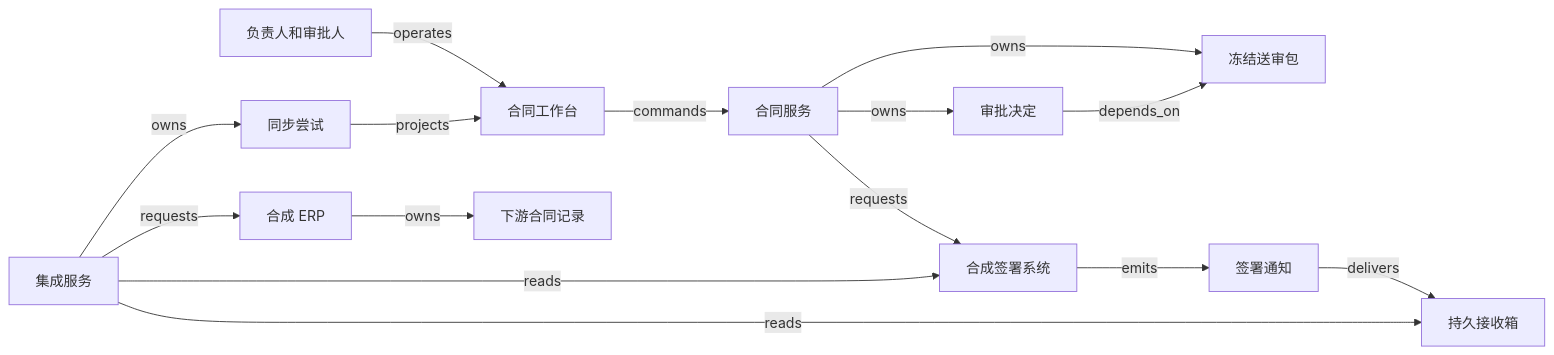
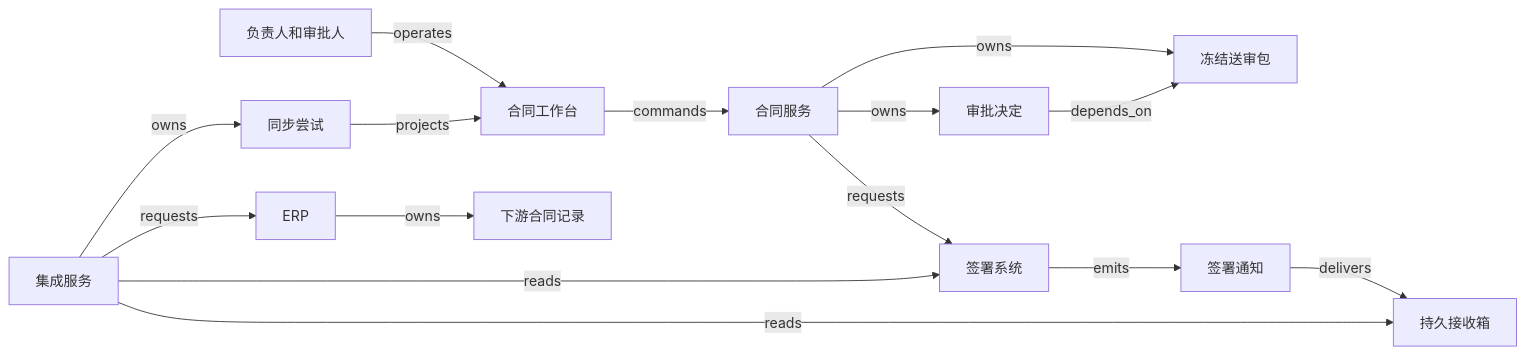
The diagram in books/saas-engineering/packages/data-ai-control/H09.md (lesPrivilege/Praxis), drawn with Mermaid before and after one commit. The commit also changed other lines of this file and 190 other files, not shown here.

````diff
--- a/books/saas-engineering/packages/data-ai-control/H09.md
+++ b/books/saas-engineering/packages/data-ai-control/H09.md
@@ -51,17 +51,17 @@
 ```mermaid
 flowchart LR
   Reviewer[负责人和审批人] -->|operates| Desk[合同工作台]
   Desk -->|commands| Contract[合同服务]
   Contract -->|owns| Bundle[冻结送审包]
   Contract -->|owns| Decision[审批决定]
   Decision -->|depends_on| Bundle
-  Contract -->|requests| Sign[合成签署系统]
+  Contract -->|requests| Sign[签署系统]
   Sign -->|emits| Receipt[签署通知]
   Receipt -->|delivers| Inbox[持久接收箱]
   Integrator[集成服务] -->|reads| Inbox
   Integrator -->|reads| Sign
   Integrator -->|owns| Attempt[同步尝试]
-  Integrator -->|requests| ERP[合成 ERP]
+  Integrator -->|requests| ERP[ERP]
   ERP -->|owns| Downstream[下游合同记录]
   Attempt -->|projects| Desk
 ```
````
